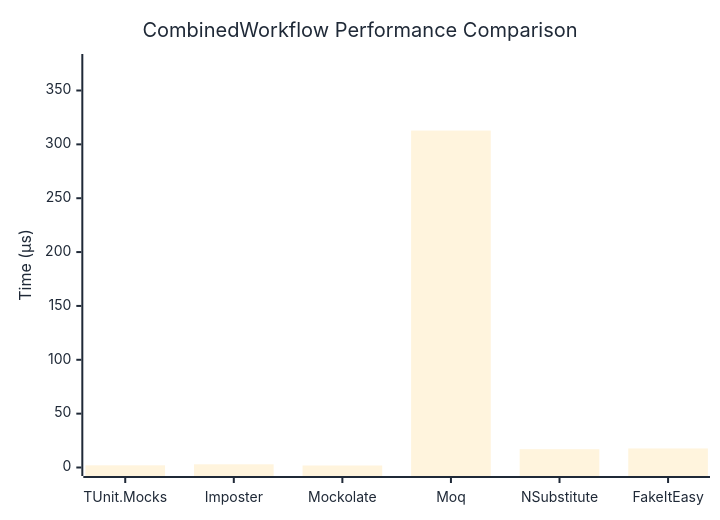
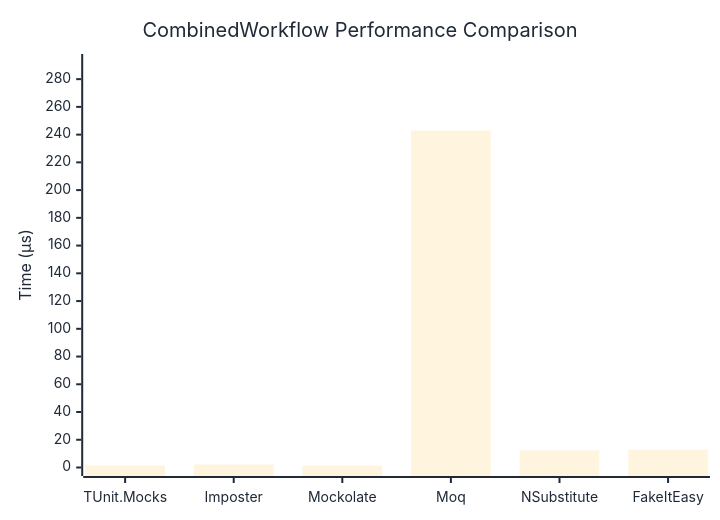
The diagram in docs/docs/benchmarks/mocks/CombinedWorkflow.md (thomhurst/TUnit), drawn with Mermaid before and after one commit. The commit also changed other lines of this file and 14 other files, not shown here.

````diff
--- a/docs/docs/benchmarks/mocks/CombinedWorkflow.md
+++ b/docs/docs/benchmarks/mocks/CombinedWorkflow.md
@@ -28,27 +28,27 @@
 ```mermaid
 %%{init: {
   'theme':'base',
   'themeVariables': {
     'primaryColor': '#2563eb',
     'primaryTextColor': '#1f2937',
     'primaryBorderColor': '#1e40af',
     'lineColor': '#6b7280',
     'secondaryColor': '#7c3aed',
     'tertiaryColor': '#dc2626',
     'background': '#ffffff',
     'pie1': '#2563eb',
     'pie2': '#7c3aed',
     'pie3': '#dc2626',
     'pie4': '#f59e0b',
     'pie5': '#10b981',
     'pie6': '#06b6d4',
     'pie7': '#ec4899',
     'pie8': '#6366f1'
   }
 }}%%
 xychart-beta
   title "CombinedWorkflow Performance Comparison"
   x-axis ["TUnit.Mocks", "Imposter", "Mockolate", "Moq", "NSubstitute", "FakeItEasy"]
-  y-axis "Time (μs)" 0 --> 376
-  bar [2.024, 2.96, 1.855, 312.804, 17.013, 17.683]
+  y-axis "Time (μs)" 0 --> 292
+  bar [1.459, 2.111, 1.338, 242.885, 12.33, 12.777]
 ```
````
